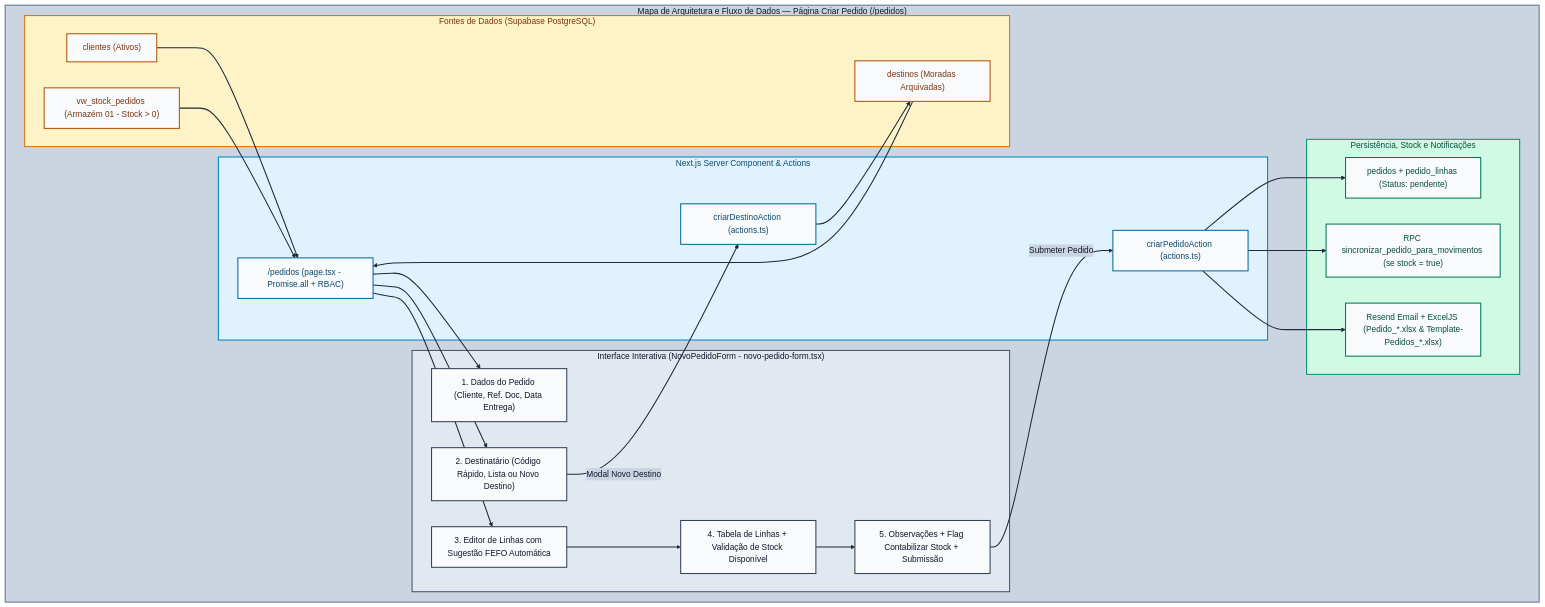
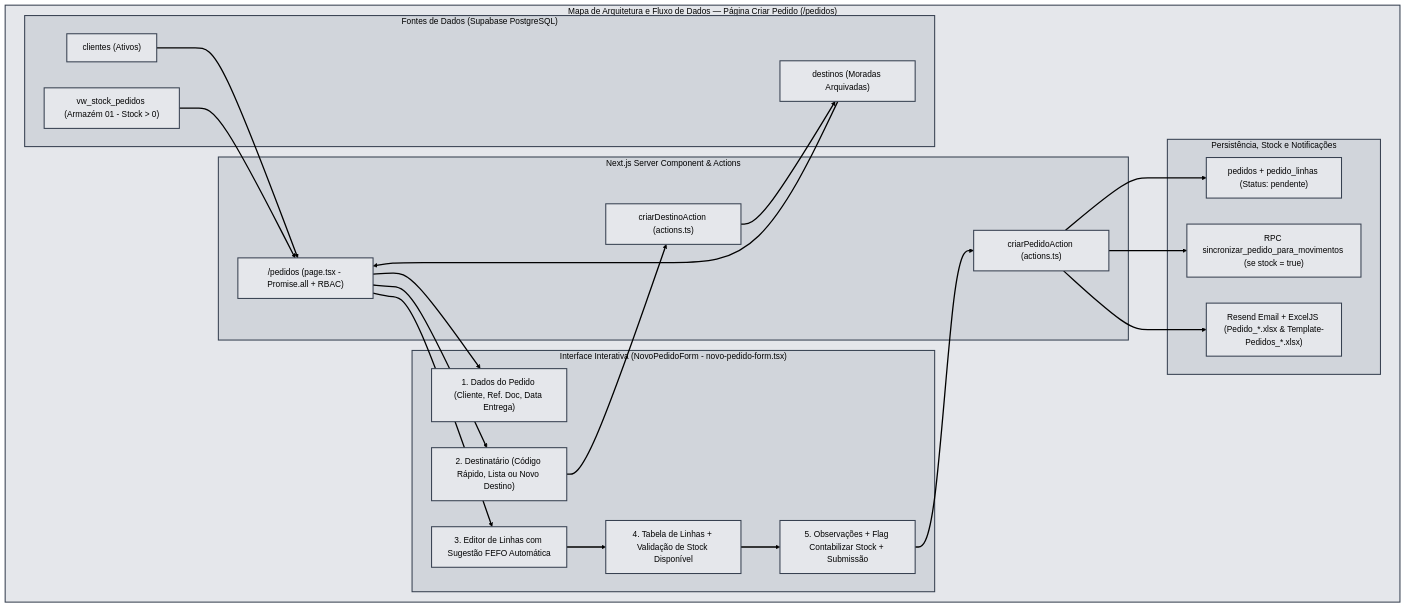
One commit to jmv2026/platfarmasupa changed the diagram in docs/DOCUMENTACAO_CRIAR_PEDIDO.md. Above: the diagram before and after it, drawn with Mermaid. The commit also changed 2 other files, not shown here.

Commit message:
atualização-artefactos _documentos-md

````diff
--- a/docs/DOCUMENTACAO_CRIAR_PEDIDO.md
+++ b/docs/DOCUMENTACAO_CRIAR_PEDIDO.md
@@ -14,24 +14,5 @@
 ```mermaid
-%%{init: {
-  'theme': 'base',
-  'themeVariables': {
-    'background': '#d1d5db',
-    'mainBkg': '#e2e8f0',
-    'primaryColor': '#f8fafc',
-    'primaryTextColor': '#0f172a',
-    'primaryBorderColor': '#334155',
-    'lineColor': '#1e293b',
-    'secondaryColor': '#e2e8f0',
-    'tertiaryColor': '#cbd5e1',
-    'clusterBkg': '#e2e8f0',
-    'clusterBorder': '#475569',
-    'titleColor': '#0f172a',
-    'edgeLabelBackground': '#cbd5e1',
-    'nodeTextColor': '#0f172a',
-    'textColor': '#0f172a'
-  },
-  'themeCSS': 'svg { background-color: #d1d5db !important; border-radius: 10px; padding: 12px; } .labelBkg, .edgeLabel, .edgeLabel rect, .edgeLabel span, .edgeLabel p { background-color: #cbd5e1 !important; fill: #cbd5e1 !important; color: #0f172a !important; } .nodeLabel, .cluster-label span, .cluster-label p, text, tspan { color: #0f172a !important; fill: #0f172a !important; }'
-}}%%
+%%{init: {"theme": "base", "themeVariables": {"background": "#e5e7eb", "primaryColor": "#e5e7eb", "primaryTextColor": "#000000", "primaryBorderColor": "#374151", "lineColor": "#000000", "secondaryColor": "#e5e7eb", "tertiaryColor": "#d1d5db", "mainBkg": "#e5e7eb", "nodeBkg": "#e5e7eb", "clusterBkg": "#d1d5db", "clusterBorder": "#374151", "titleColor": "#000000", "edgeLabelBackground": "#e5e7eb", "textColor": "#000000", "nodeTextColor": "#000000"}}}%%
 flowchart TD
     subgraph Canvas ["Mapa de Arquitetura e Fluxo de Dados — Página Criar Pedido (/pedidos)"]
         subgraph Origem ["Fontes de Dados (Supabase PostgreSQL)"]
@@ -62,38 +43,38 @@
 
         T_CLI & V_STK & T_DST --> P_PED
         P_PED --> SEC1 & SEC2 & SEC3
-        SEC2 -- "Modal Novo Destino" --> A_DST
+        SEC2 --> A_DST
         A_DST --> T_DST
         SEC3 --> SEC4 --> SEC5
-        SEC5 -- "Submeter Pedido" --> A_PED
+        SEC5 --> A_PED
         A_PED --> DB_PED
         A_PED --> RPC_MOV
         A_PED --> RESEND
     end
 
-    style Canvas fill:#cbd5e1,stroke:#64748b,stroke-width:2px,color:#0f172a
-    style Origem fill:#fef3c7,stroke:#d97706,stroke-width:2px,color:#78350f
-    style Server fill:#e0f2fe,stroke:#0284c7,stroke-width:2px,color:#0c4a6e
-    style Client fill:#e2e8f0,stroke:#475569,stroke-width:2px,color:#0f172a
-    style Persistencia fill:#d1fae5,stroke:#059669,stroke-width:2px,color:#064e3b
+    style Canvas fill:#e5e7eb,stroke:#374151,stroke-width:2px,color:#000000
+    style Origem fill:#d1d5db,stroke:#374151,stroke-width:2px,color:#000000
+    style Server fill:#d1d5db,stroke:#374151,stroke-width:2px,color:#000000
+    style Client fill:#d1d5db,stroke:#374151,stroke-width:2px,color:#000000
+    style Persistencia fill:#d1d5db,stroke:#374151,stroke-width:2px,color:#000000
 
-    style T_CLI fill:#f8fafc,stroke:#b45309,stroke-width:2px,color:#78350f
-    style V_STK fill:#f8fafc,stroke:#b45309,stroke-width:2px,color:#78350f
-    style T_DST fill:#f8fafc,stroke:#b45309,stroke-width:2px,color:#78350f
+    style T_CLI fill:#e5e7eb,stroke:#374151,stroke-width:2px,color:#000000
+    style V_STK fill:#e5e7eb,stroke:#374151,stroke-width:2px,color:#000000
+    style T_DST fill:#e5e7eb,stroke:#374151,stroke-width:2px,color:#000000
 
-    style P_PED fill:#f8fafc,stroke:#0369a1,stroke-width:2px,color:#0c4a6e
-    style A_DST fill:#f8fafc,stroke:#0369a1,stroke-width:2px,color:#0c4a6e
-    style A_PED fill:#f8fafc,stroke:#0369a1,stroke-width:2px,color:#0c4a6e
+    style P_PED fill:#e5e7eb,stroke:#374151,stroke-width:2px,color:#000000
+    style A_DST fill:#e5e7eb,stroke:#374151,stroke-width:2px,color:#000000
+    style A_PED fill:#e5e7eb,stroke:#374151,stroke-width:2px,color:#000000
 
-    style SEC1 fill:#f8fafc,stroke:#334155,stroke-width:2px,color:#0f172a
-    style SEC2 fill:#f8fafc,stroke:#334155,stroke-width:2px,color:#0f172a
-    style SEC3 fill:#f8fafc,stroke:#334155,stroke-width:2px,color:#0f172a
-    style SEC4 fill:#f8fafc,stroke:#334155,stroke-width:2px,color:#0f172a
-    style SEC5 fill:#f8fafc,stroke:#334155,stroke-width:2px,color:#0f172a
+    style SEC1 fill:#e5e7eb,stroke:#374151,stroke-width:2px,color:#000000
+    style SEC2 fill:#e5e7eb,stroke:#374151,stroke-width:2px,color:#000000
+    style SEC3 fill:#e5e7eb,stroke:#374151,stroke-width:2px,color:#000000
+    style SEC4 fill:#e5e7eb,stroke:#374151,stroke-width:2px,color:#000000
+    style SEC5 fill:#e5e7eb,stroke:#374151,stroke-width:2px,color:#000000
 
-    style DB_PED fill:#f8fafc,stroke:#047857,stroke-width:2px,color:#064e3b
-    style RPC_MOV fill:#f8fafc,stroke:#047857,stroke-width:2px,color:#064e3b
-    style RESEND fill:#f8fafc,stroke:#047857,stroke-width:2px,color:#064e3b
+    style DB_PED fill:#e5e7eb,stroke:#374151,stroke-width:2px,color:#000000
+    style RPC_MOV fill:#e5e7eb,stroke:#374151,stroke-width:2px,color:#000000
+    style RESEND fill:#e5e7eb,stroke:#374151,stroke-width:2px,color:#000000
 
-    linkStyle default stroke:#1e293b,stroke-width:2px,color:#0f172a
+    linkStyle default stroke:#000000,stroke-width:2.5px,color:#000000
 ```
````
